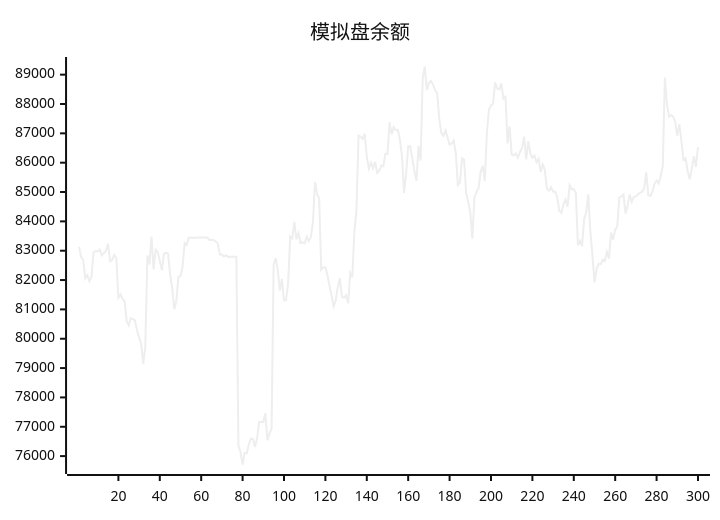
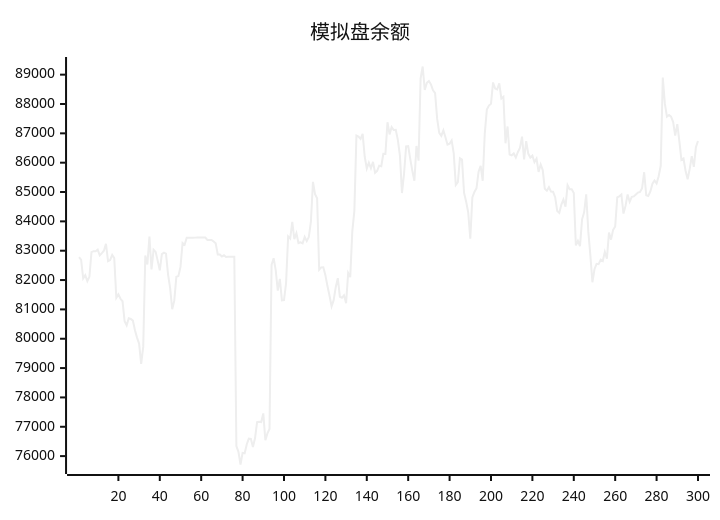
Before and after one commit to aahl/ai-trading: the diagram in README.md, drawn with Mermaid (neutral theme). The commit also changed other lines of this file and 1 other file, not shown here.

````diff
--- a/README.md
+++ b/README.md
@@ -5,5 +5,5 @@
 ```mermaid
 xychart
     title "模拟盘余额"
-    line [83139,82778,82686,82056,82166,81963,82110,82951,82983,82984,83038,82838,82915,82998,83235,82642,82682,82858,82746,81396,81512,81362,81277,80600,80461,80699,80673,80616,80288,80038,79836,79142,79722,82837,82533,83480,82366,83032,82960,82654,82330,82883,82934,82901,82188,81728,81005,81298,82110,82135,82449,83264,83203,83440,83439,83440,83440,83446,83447,83448,83447,83448,83449,83369,83369,83369,83313,83256,82872,82873,82801,82844,82785,82791,82791,82793,82794,76339,76145,75714,76110,76096,76397,76594,76585,76310,76607,77160,77170,77160,77456,76541,76774,76927,82520,82744,82337,81639,82040,81307,81314,81887,83490,83414,83984,83396,83594,83261,83287,83253,83470,83327,83465,83987,85348,84930,84786,82355,82433,82438,82167,81795,81466,81105,81315,81756,82064,81426,81398,81481,81210,82242,82099,83658,84359,86925,86892,86814,86980,86203,85802,86003,85811,86028,85657,85721,85896,85880,86300,86299,87378,86965,87214,87115,87118,86780,86238,84966,85623,86555,86562,86129,85722,85387,86569,86070,88870,89278,88477,88720,88781,88668,88467,88372,87493,87018,86917,87102,86870,86613,86644,86758,86317,85242,85334,86149,86106,84968,84671,84302,83410,84816,85001,85127,85693,85891,85384,87001,87811,87945,88007,88734,88528,88495,88705,88189,88248,86662,87234,86279,86251,86314,86177,86364,86503,86886,86114,86731,86310,86176,86240,86017,86136,85685,85938,85749,85111,85044,85164,85016,85008,84824,84354,84287,84572,84745,84500,85234,85096,85095,84970,83180,83338,83157,84070,84309,84922,83667,82850,81924,82369,82552,82539,82695,82648,82962,82728,83619,83378,83710,83825,84819,84854,84917,84265,84527,84919,84668,84834,84850,84916,84981,85004,85131,85674,84891,84864,85019,85284,85393,85294,85538,85894,88904,88012,87567,87625,87568,87386,86920,87313,86737,86094,86143,85725,85437,85787,86219,85859,86526]
+    line [82778,82686,82056,82166,81963,82110,82951,82983,82984,83038,82838,82915,82998,83235,82642,82682,82858,82746,81396,81512,81362,81277,80600,80461,80699,80673,80616,80288,80038,79836,79142,79722,82837,82533,83480,82366,83032,82960,82654,82330,82883,82934,82901,82188,81728,81005,81298,82110,82135,82449,83264,83203,83440,83439,83440,83440,83446,83447,83448,83447,83448,83449,83369,83369,83369,83313,83256,82872,82873,82801,82844,82785,82791,82791,82793,82794,76339,76145,75714,76110,76096,76397,76594,76585,76310,76607,77160,77170,77160,77456,76541,76774,76927,82520,82744,82337,81639,82040,81307,81314,81887,83490,83414,83984,83396,83594,83261,83287,83253,83470,83327,83465,83987,85348,84930,84786,82355,82433,82438,82167,81795,81466,81105,81315,81756,82064,81426,81398,81481,81210,82242,82099,83658,84359,86925,86892,86814,86980,86203,85802,86003,85811,86028,85657,85721,85896,85880,86300,86299,87378,86965,87214,87115,87118,86780,86238,84966,85623,86555,86562,86129,85722,85387,86569,86070,88870,89278,88477,88720,88781,88668,88467,88372,87493,87018,86917,87102,86870,86613,86644,86758,86317,85242,85334,86149,86106,84968,84671,84302,83410,84816,85001,85127,85693,85891,85384,87001,87811,87945,88007,88734,88528,88495,88705,88189,88248,86662,87234,86279,86251,86314,86177,86364,86503,86886,86114,86731,86310,86176,86240,86017,86136,85685,85938,85749,85111,85044,85164,85016,85008,84824,84354,84287,84572,84745,84500,85234,85096,85095,84970,83180,83338,83157,84070,84309,84922,83667,82850,81924,82369,82552,82539,82695,82648,82962,82728,83619,83378,83710,83825,84819,84854,84917,84265,84527,84919,84668,84834,84850,84916,84981,85004,85131,85674,84891,84864,85019,85284,85393,85294,85538,85894,88904,88012,87567,87625,87568,87386,86920,87313,86737,86094,86143,85725,85437,85787,86219,85859,86526,86740]
 ```
````
